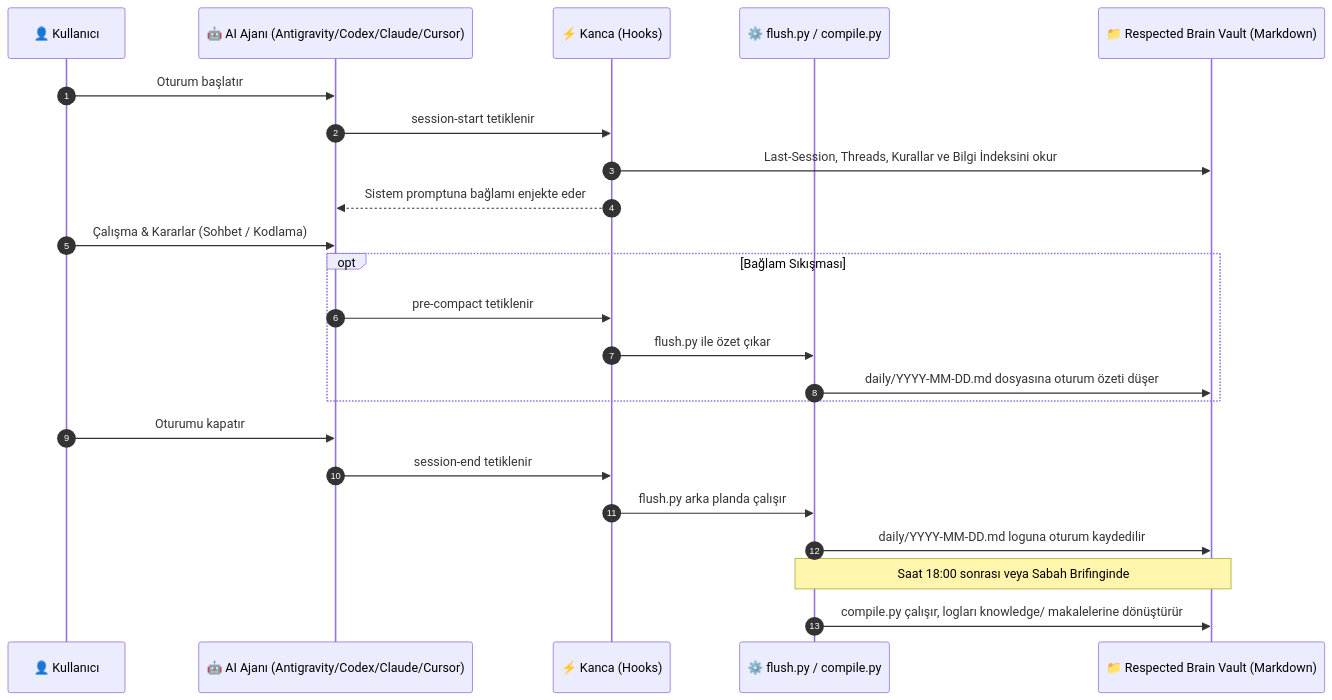
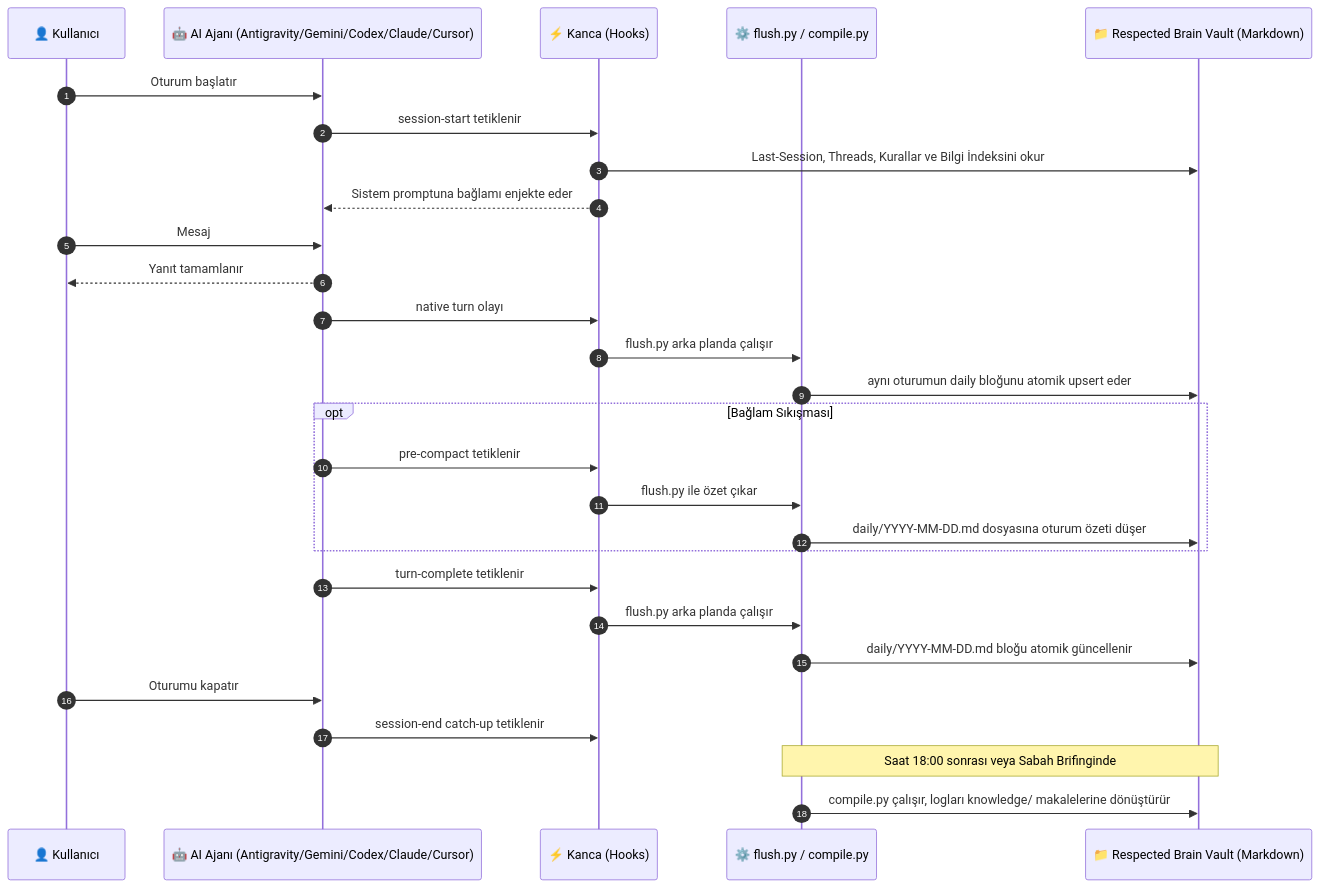
One commit to respected0/respected-brain changed the third of 4 diagrams in README.md. Above: the diagram before and after it, drawn with Mermaid. The commit also changed other lines of this file and 51 other files, not shown here.

````diff
--- a/README.md
+++ b/README.md
@@ -396,30 +399,35 @@
 ```mermaid
 sequenceDiagram
     autonumber
     participant User as 👤 Kullanıcı
-    participant Agent as 🤖 AI Ajanı (Antigravity/Codex/Claude/Cursor)
+    participant Agent as 🤖 AI Ajanı (Antigravity/Gemini/Codex/Claude/Cursor)
     participant Hook as ⚡ Kanca (Hooks)
     participant Engine as ⚙️ flush.py / compile.py
     participant Vault as 📁 Respected Brain Vault (Markdown)
 
     User->>Agent: Oturum başlatır
     Agent->>Hook: session-start tetiklenir
     Hook->>Vault: Last-Session, Threads, Kurallar ve Bilgi İndeksini okur
     Hook-->>Agent: Sistem promptuna bağlamı enjekte eder
     
-    User->>Agent: Çalışma & Kararlar (Sohbet / Kodlama)
+    User->>Agent: Mesaj
+    Agent-->>User: Yanıt tamamlanır
+    Agent->>Hook: native turn olayı
+    Hook->>Engine: flush.py arka planda çalışır
+    Engine->>Vault: aynı oturumun daily bloğunu atomik upsert eder
     
     opt Bağlam Sıkışması
         Agent->>Hook: pre-compact tetiklenir
         Hook->>Engine: flush.py ile özet çıkar
         Engine->>Vault: daily/YYYY-MM-DD.md dosyasına oturum özeti düşer
     end
 
+    Agent->>Hook: turn-complete tetiklenir
+    Hook->>Engine: flush.py arka planda çalışır
+    Engine->>Vault: daily/YYYY-MM-DD.md bloğu atomik güncellenir
     User->>Agent: Oturumu kapatır
-    Agent->>Hook: session-end tetiklenir
-    Hook->>Engine: flush.py arka planda çalışır
-    Engine->>Vault: daily/YYYY-MM-DD.md loguna oturum kaydedilir
+    Agent->>Hook: session-end catch-up tetiklenir
 
     Note over Vault,Engine: Saat 18:00 sonrası veya Sabah Brifinginde
     Engine->>Vault: compile.py çalışır, logları knowledge/ makalelerine dönüştürür
 ```
````
